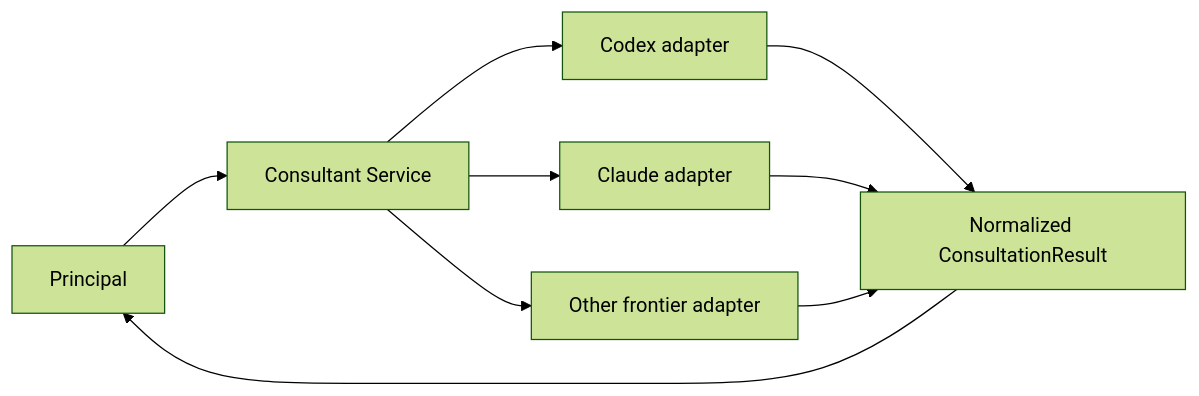
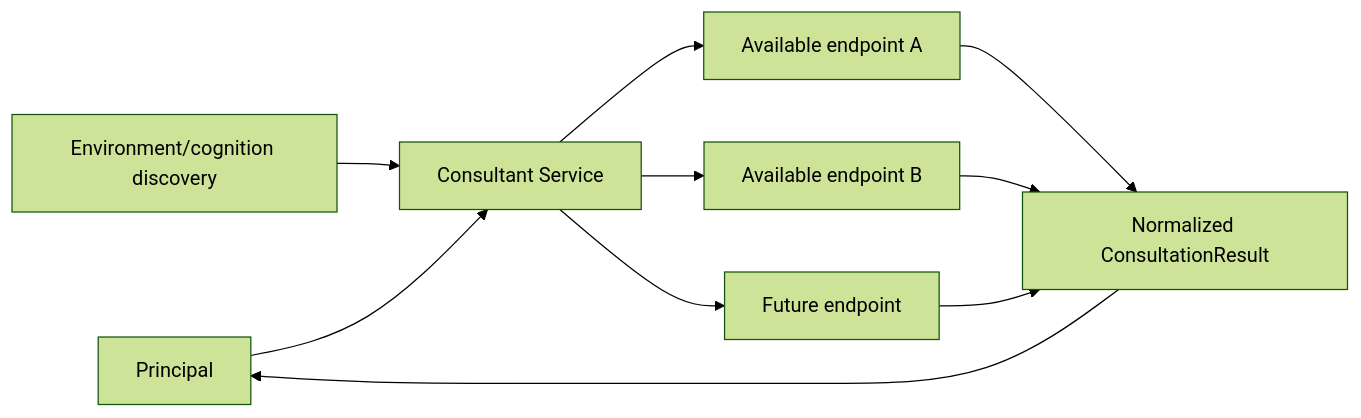
One commit to olostan/DevCadence changed the ninth of 13 diagrams in docs/ARCHITECTURE.md. Above: the diagram before and after it, drawn with Mermaid (forest theme). The commit also changed other lines of this file, not shown here.

Commit message:
docs: make architecture capability-routed and host independent

````diff
--- a/docs/ARCHITECTURE.md
+++ b/docs/ARCHITECTURE.md
@@ -428,18 +440,17 @@
 ```mermaid
 flowchart LR
     Principal["Principal"]
+    Discovery["Environment/cognition discovery"]
     ConsultSvc["Consultant Service"]
-    Codex["Codex adapter"]
-    Claude["Claude adapter"]
-    Other["Other frontier adapter"]
+    C1["Available endpoint A"]
+    C2["Available endpoint B"]
+    C3["Future endpoint"]
     Result["Normalized ConsultationResult"]
 
+    Discovery --> ConsultSvc
     Principal --> ConsultSvc
-    ConsultSvc --> Codex
-    ConsultSvc --> Claude
-    ConsultSvc --> Other
-    Codex --> Result
-    Claude --> Result
-    Other --> Result
+    ConsultSvc --> C1 --> Result
+    ConsultSvc --> C2 --> Result
+    ConsultSvc --> C3 --> Result
     Result --> Principal
 ```
````
